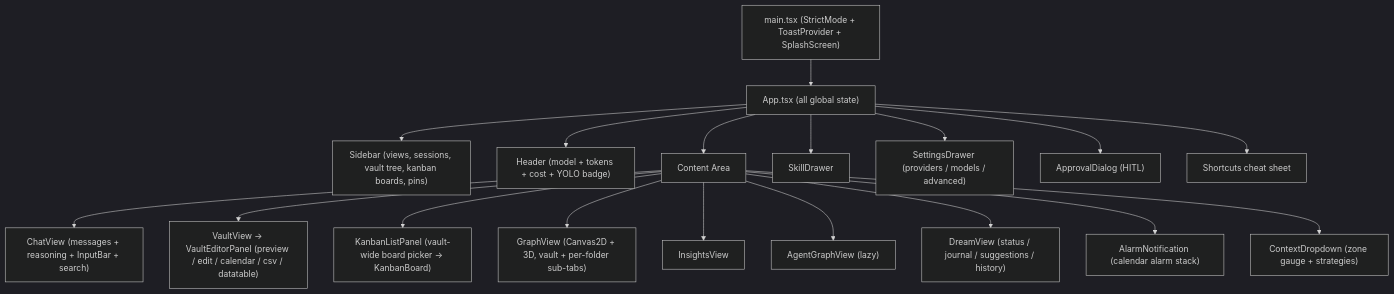
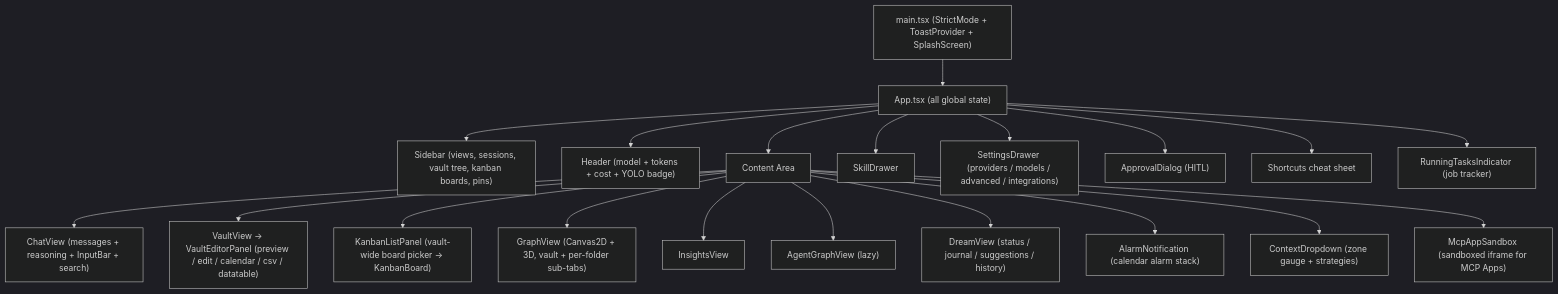
Diagram 13 of 13 in README.md (NinoCoelho/nexus), drawn with Mermaid (dark theme) before and after one commit. The commit also changed other lines of this file and 1 other file, not shown here.

Commit message:
chore: bump version to 0.3.0 + update README with MCP, skill wizard, venvs, KaTeX docs

````diff
--- a/README.md
+++ b/README.md
@@ -800,35 +852,37 @@
 ```mermaid
 graph TB
     MAIN["main.tsx (StrictMode + ToastProvider + SplashScreen)"]
     APP["App.tsx (all global state)"]
 
     MAIN --> APP
 
     SIDEBAR["Sidebar (views, sessions, vault tree, kanban boards, pins)"]
     HEADER["Header (model + tokens + cost + YOLO badge)"]
     CONTENT["Content Area"]
 
     APP --> SIDEBAR & HEADER & CONTENT
 
     CHAT["ChatView (messages + reasoning + InputBar + search)"]
     VAULT["VaultView → VaultEditorPanel (preview / edit / calendar / csv / datatable)"]
     KANBAN["KanbanListPanel (vault-wide board picker → KanbanBoard)"]
     GRAPH["GraphView (Canvas2D + 3D, vault + per-folder sub-tabs)"]
     INSIGHTS["InsightsView"]
     AGENTG["AgentGraphView (lazy)"]
 
     CONTENT --> CHAT & VAULT & KANBAN & GRAPH & INSIGHTS & AGENTG
 
     DREAM["DreamView (status / journal / suggestions / history)"]
     ALARM["AlarmNotification (calendar alarm stack)"]
     CTXDRP["ContextDropdown (zone gauge + strategies)"]
+    MCPAPP["McpAppSandbox (sandboxed iframe for MCP Apps)"]
 
-    CONTENT --> DREAM & ALARM & CTXDRP
+    CONTENT --> DREAM & ALARM & CTXDRP & MCPAPP
 
     SKILLD["SkillDrawer"]
-    SETTD["SettingsDrawer (providers / models / advanced)"]
+    SETTD["SettingsDrawer (providers / models / advanced / integrations)"]
     APPROVE["ApprovalDialog (HITL)"]
     SHORT["Shortcuts cheat sheet"]
+    JOBS["RunningTasksIndicator (job tracker)"]
 
-    APP --> SKILLD & SETTD & APPROVE & SHORT
+    APP --> SKILLD & SETTD & APPROVE & SHORT & JOBS
 ```
````
